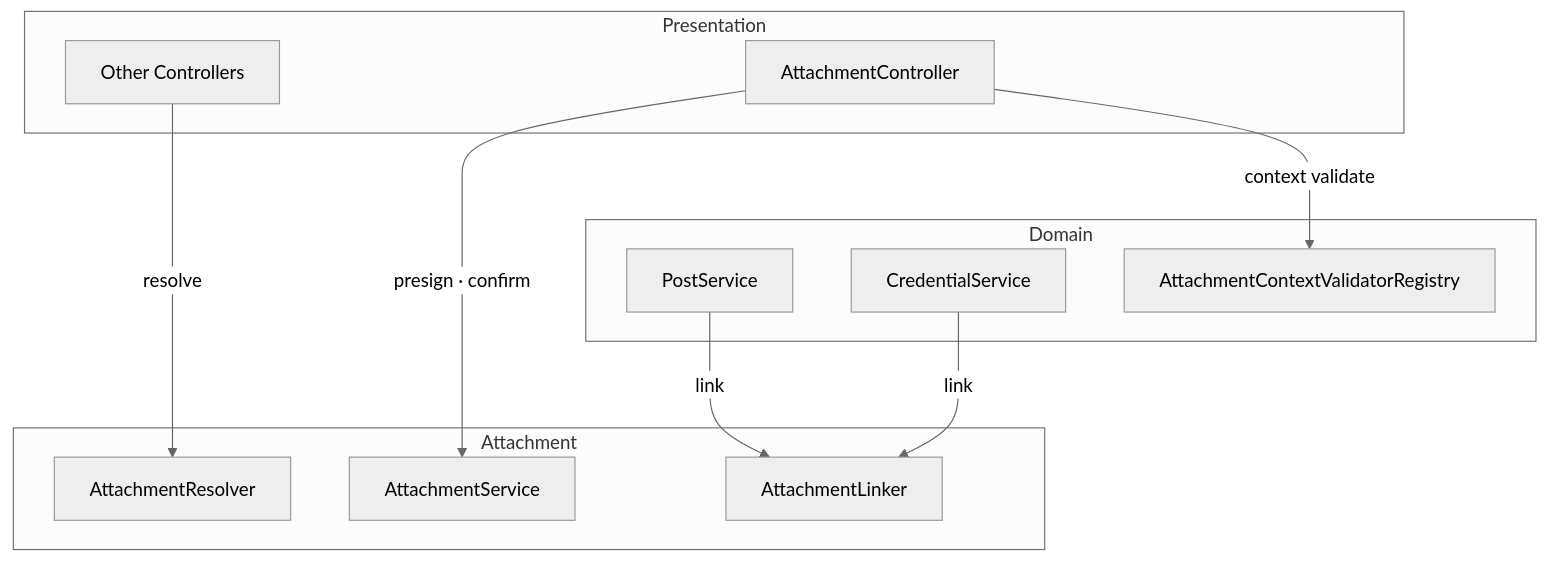
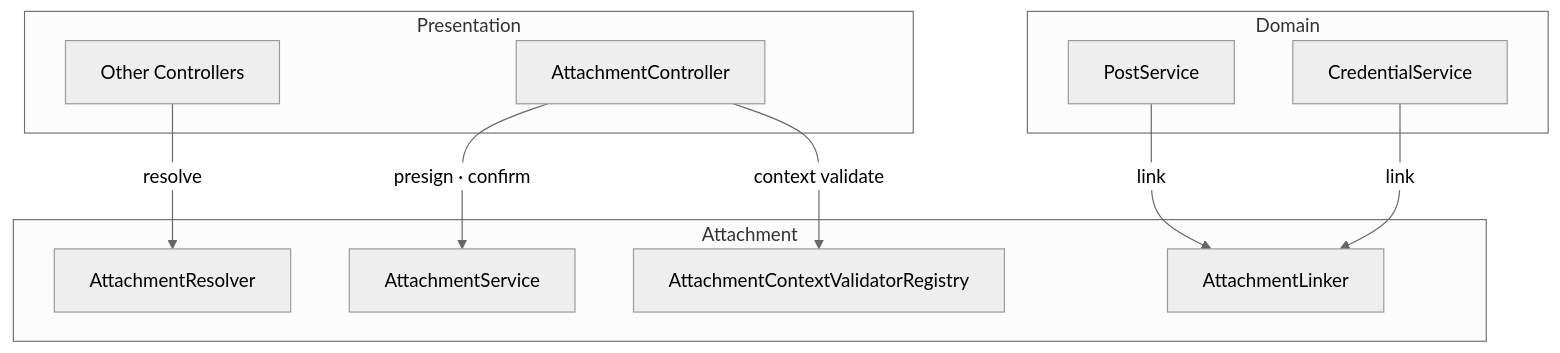
Before and after one commit to mortonCareer/bconnect: the fifth of 6 diagrams in apps/api/docs/project-structure.md, drawn with Mermaid (neutral theme). The commit also changed other lines of this file and 1 other file, not shown here.

````diff
--- a/apps/api/docs/project-structure.md
+++ b/apps/api/docs/project-structure.md
@@ -135,22 +123,22 @@
 ```mermaid
 graph TD
   subgraph Presentation
     CS[Other Controllers]
     AttC[AttachmentController]
   end
   subgraph Domain
     PostS[PostService]
     CredS[CredentialService]
-    Reg[AttachmentContextValidatorRegistry]
   end
   subgraph Attachment
     AttR[AttachmentResolver]
     AttS[AttachmentService]
     AttL[AttachmentLinker]
+    Reg[AttachmentContextValidatorRegistry]
   end
 
   CS -->|resolve| AttR
   AttC -->|presign · confirm| AttS
   AttC -->|context validate| Reg
   PostS & CredS -->|link| AttL
 ```
````
